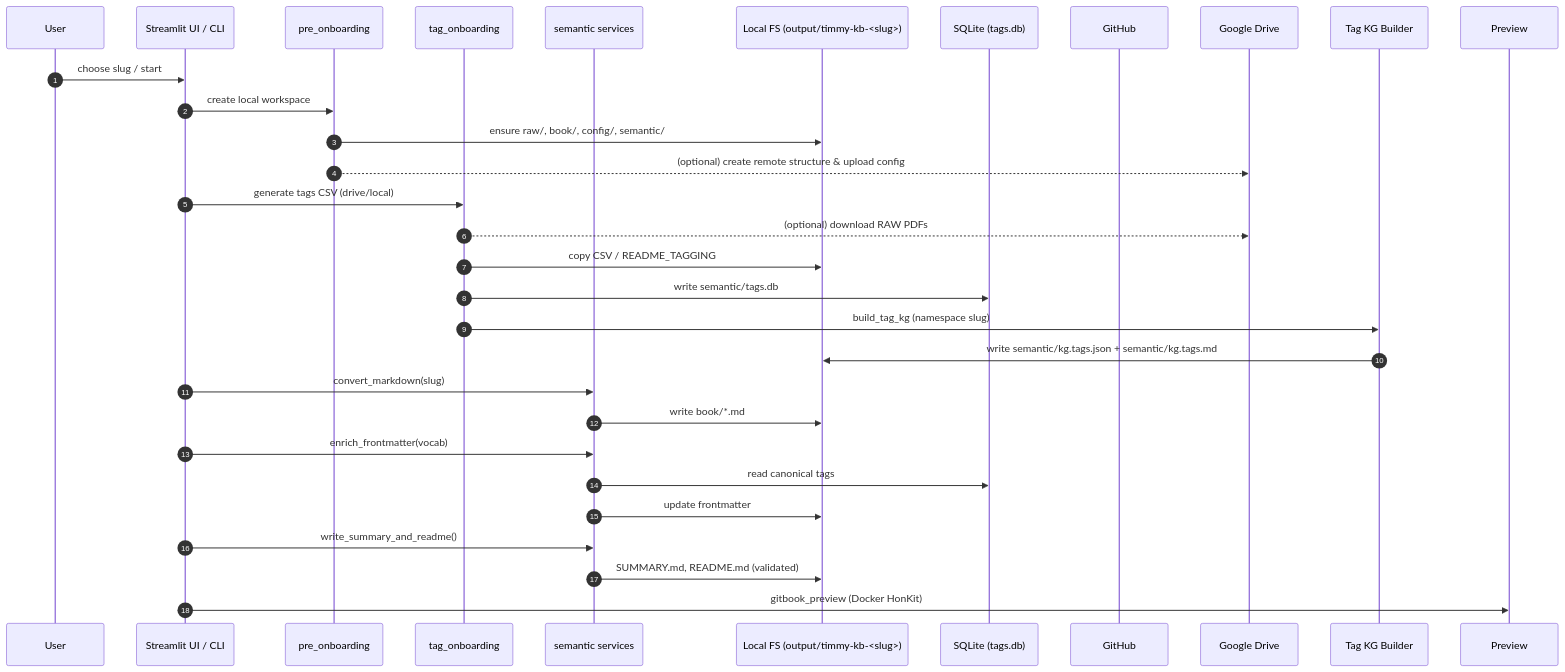
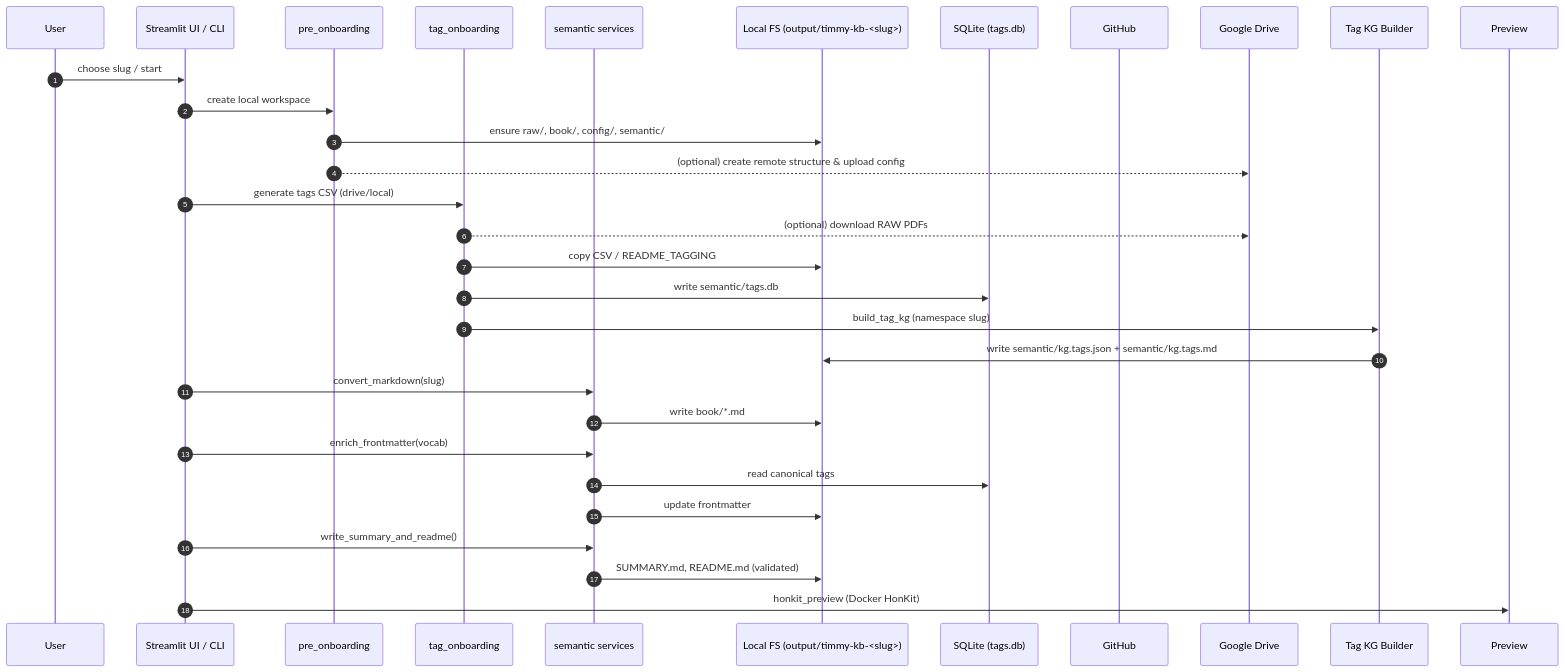
The second of 2 diagrams in system/architecture.md (nextybase/timmy-kb-acme), drawn with Mermaid before and after one commit. The commit also changed other lines of this file and 11 other files, not shown here.

Commit message:
Rinomina gitbook_preview in honkit_preview

````diff
--- a/system/architecture.md
+++ b/system/architecture.md
@@ -236,72 +236,72 @@
 ```mermaid
 
 sequenceDiagram
 
     autonumber
 
     participant User
 
     participant UI as Streamlit UI / CLI
 
     participant PRE as pre_onboarding
 
     participant TAG as tag_onboarding
 
     participant SEM as semantic services
 
     participant FS as Local FS (output/timmy-kb-<slug>)
 
     participant DB as SQLite (tags.db)
 
     participant GH as GitHub
 
     participant DRV as Google Drive
 
     participant KG as Tag KG Builder
 
 
 
     User->>UI: choose slug / start
 
     UI->>PRE: create local workspace
 
     PRE->>FS: ensure raw/, book/, config/, semantic/
 
     PRE-->>DRV: (optional) create remote structure & upload config
 
 
 
     UI->>TAG: generate tags CSV (drive/local)
 
     TAG-->>DRV: (optional) download RAW PDFs
 
     TAG->>FS: copy CSV / README_TAGGING
 
     TAG->>DB: write semantic/tags.db
 
     TAG->>KG: build_tag_kg (namespace slug)
 
     KG->>FS: write semantic/kg.tags.json + semantic/kg.tags.md
 
 
 
     UI->>SEM: convert_markdown(slug)
 
     SEM->>FS: write book/*.md
 
     UI->>SEM: enrich_frontmatter(vocab)
 
     SEM->>DB: read canonical tags
 
     SEM->>FS: update frontmatter
 
     UI->>SEM: write_summary_and_readme()
 
     SEM->>FS: SUMMARY.md, README.md (validated)
 
 
 
-    UI->>Preview: gitbook_preview (Docker HonKit)
+    UI->>Preview: honkit_preview (Docker HonKit)
 
 
 ```
````
